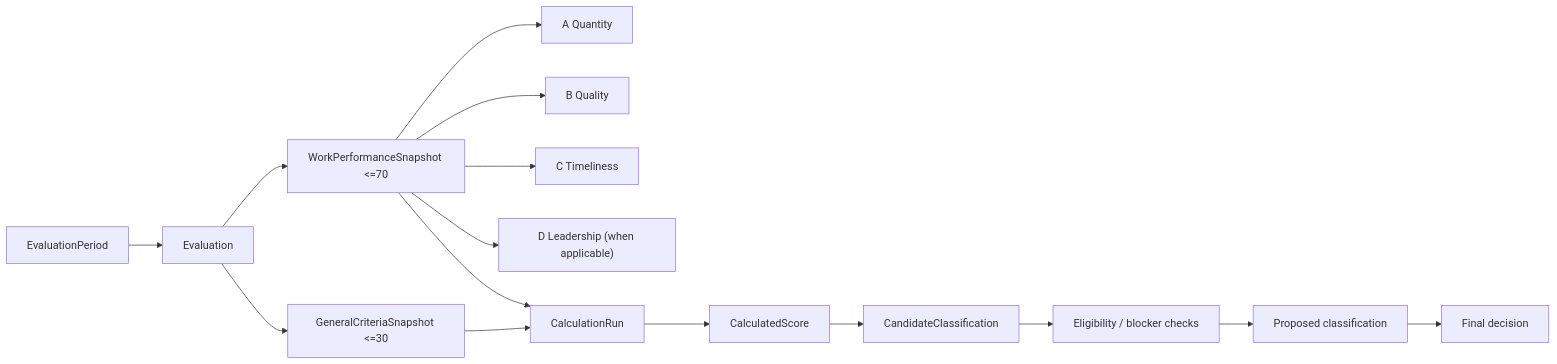
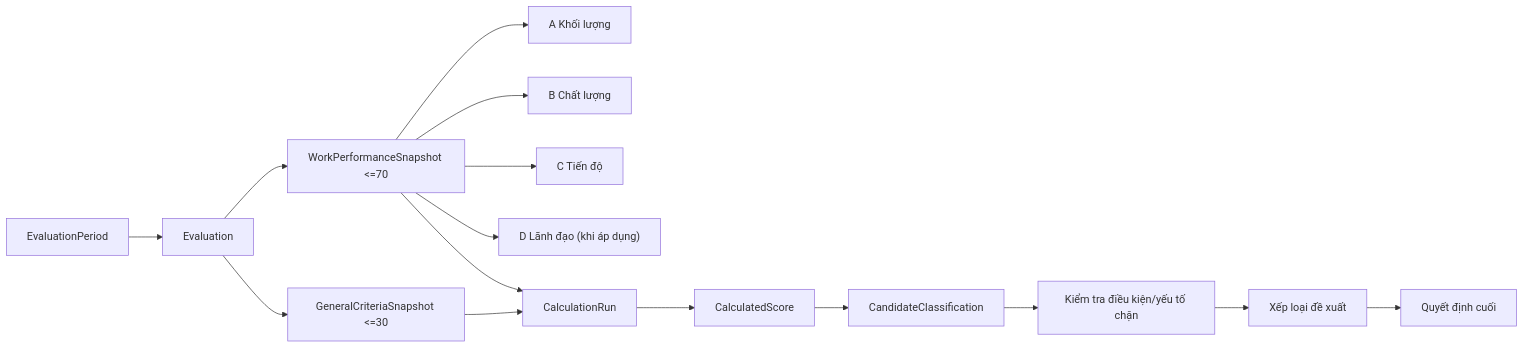
The diagram in docs/03-business/evaluation-kpi-model.md (chotr/BTCTU), drawn with Mermaid before and after one commit. The commit also changed other lines of this file and 48 other files, not shown here.

````diff
--- a/docs/03-business/evaluation-kpi-model.md
+++ b/docs/03-business/evaluation-kpi-model.md
@@ -63,17 +63,17 @@
 ```mermaid
 flowchart LR
   EP["EvaluationPeriod"] --> EV["Evaluation"]
   EV --> G["GeneralCriteriaSnapshot <=30"]
   EV --> W["WorkPerformanceSnapshot <=70"]
-  W --> A["A Quantity"]
-  W --> B["B Quality"]
-  W --> C["C Timeliness"]
-  W --> D["D Leadership (when applicable)"]
+  W --> A["A Khối lượng"]
+  W --> B["B Chất lượng"]
+  W --> C["C Tiến độ"]
+  W --> D["D Lãnh đạo (khi áp dụng)"]
   G --> RUN["CalculationRun"]
   W --> RUN
   RUN --> CS["CalculatedScore"]
   CS --> CC["CandidateClassification"]
-  CC --> EL["Eligibility / blocker checks"]
-  EL --> PROP["Proposed classification"]
-  PROP --> DEC["Final decision"]
+  CC --> EL["Kiểm tra điều kiện/yếu tố chặn"]
+  EL --> PROP["Xếp loại đề xuất"]
+  PROP --> DEC["Quyết định cuối"]
 ```
````
